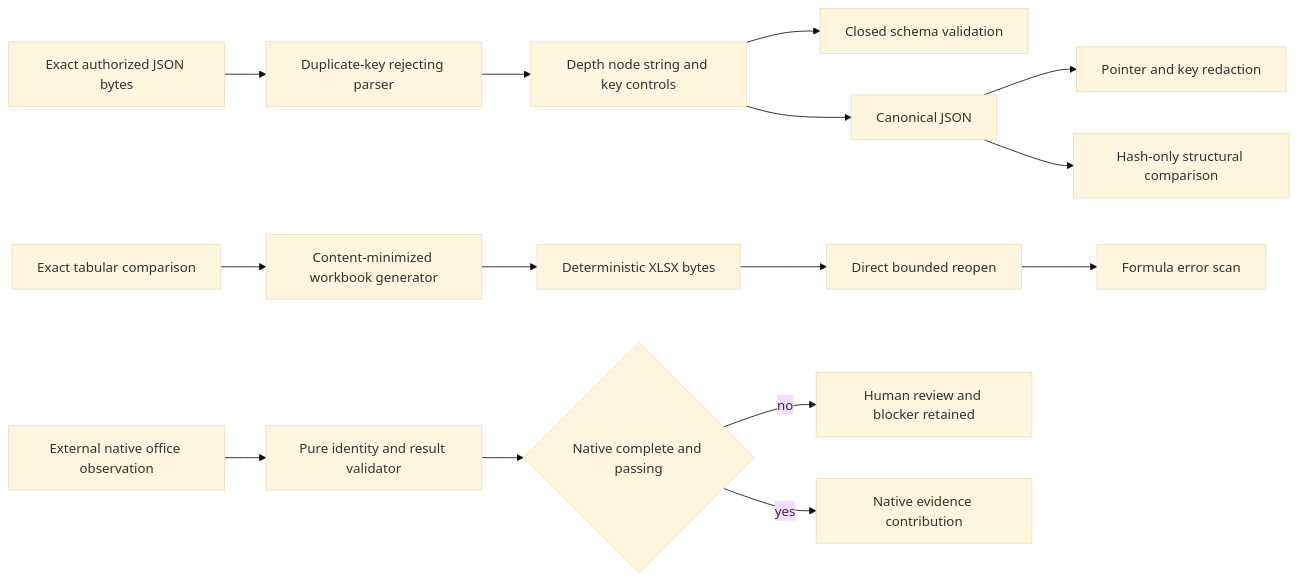
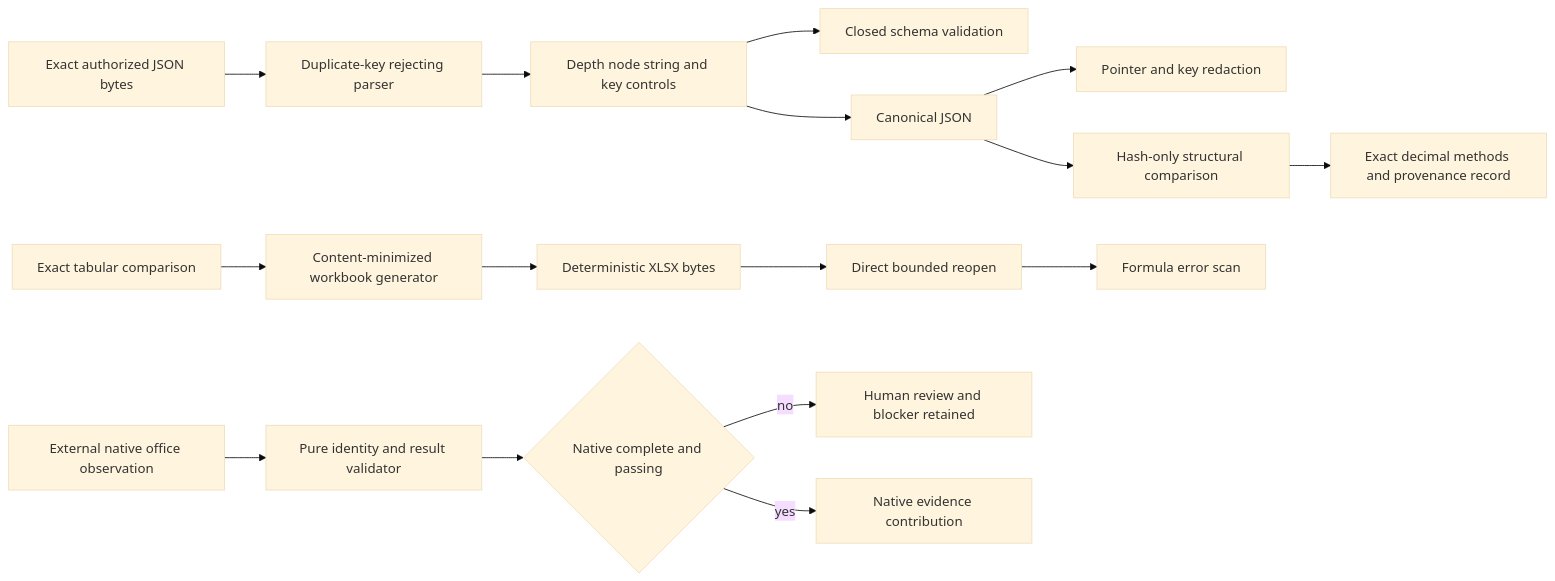
Before and after one commit to AaronNHorvitz/AgentMage: the diagram in docs/architecture/json-reconciliation-and-workbook-output.md, drawn with Mermaid (base theme). The commit also changed other lines of this file and 10 other files, not shown here.

Commit message:
Implement exact advanced reconciliation methods

````diff
--- a/docs/architecture/json-reconciliation-and-workbook-output.md
+++ b/docs/architecture/json-reconciliation-and-workbook-output.md
@@ -10,17 +11,18 @@
 ```mermaid
 flowchart LR
   A[Exact authorized JSON bytes] --> B[Duplicate-key rejecting parser]
   B --> C[Depth node string and key controls]
   C --> D[Closed schema validation]
   C --> E[Canonical JSON]
   E --> F[Pointer and key redaction]
   E --> G[Hash-only structural comparison]
+  G --> R[Exact decimal methods and provenance record]
   H[Exact tabular comparison] --> I[Content-minimized workbook generator]
   I --> J[Deterministic XLSX bytes]
   J --> K[Direct bounded reopen]
   K --> L[Formula error scan]
   M[External native office observation] --> N[Pure identity and result validator]
   N --> O{Native complete and passing}
   O -->|no| P[Human review and blocker retained]
   O -->|yes| Q[Native evidence contribution]
 ```
````
